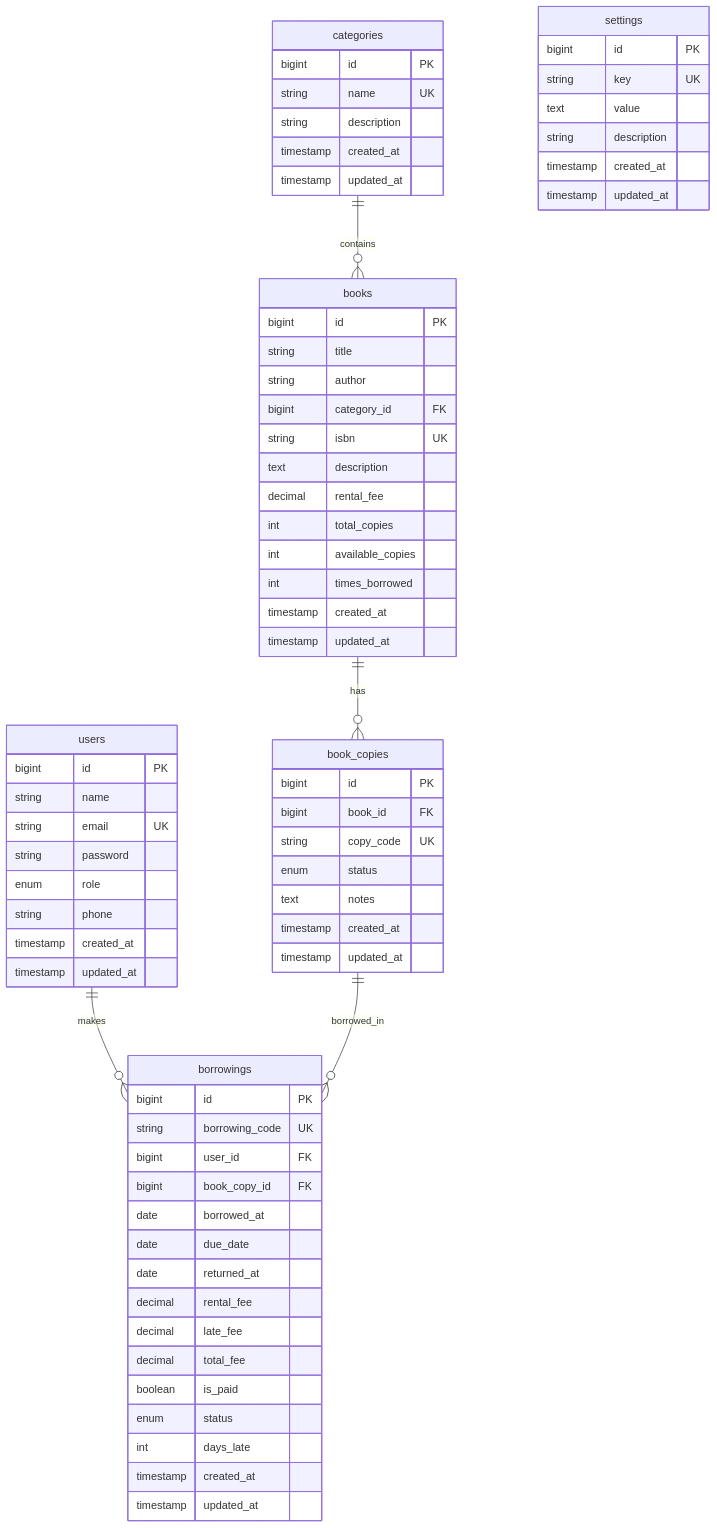
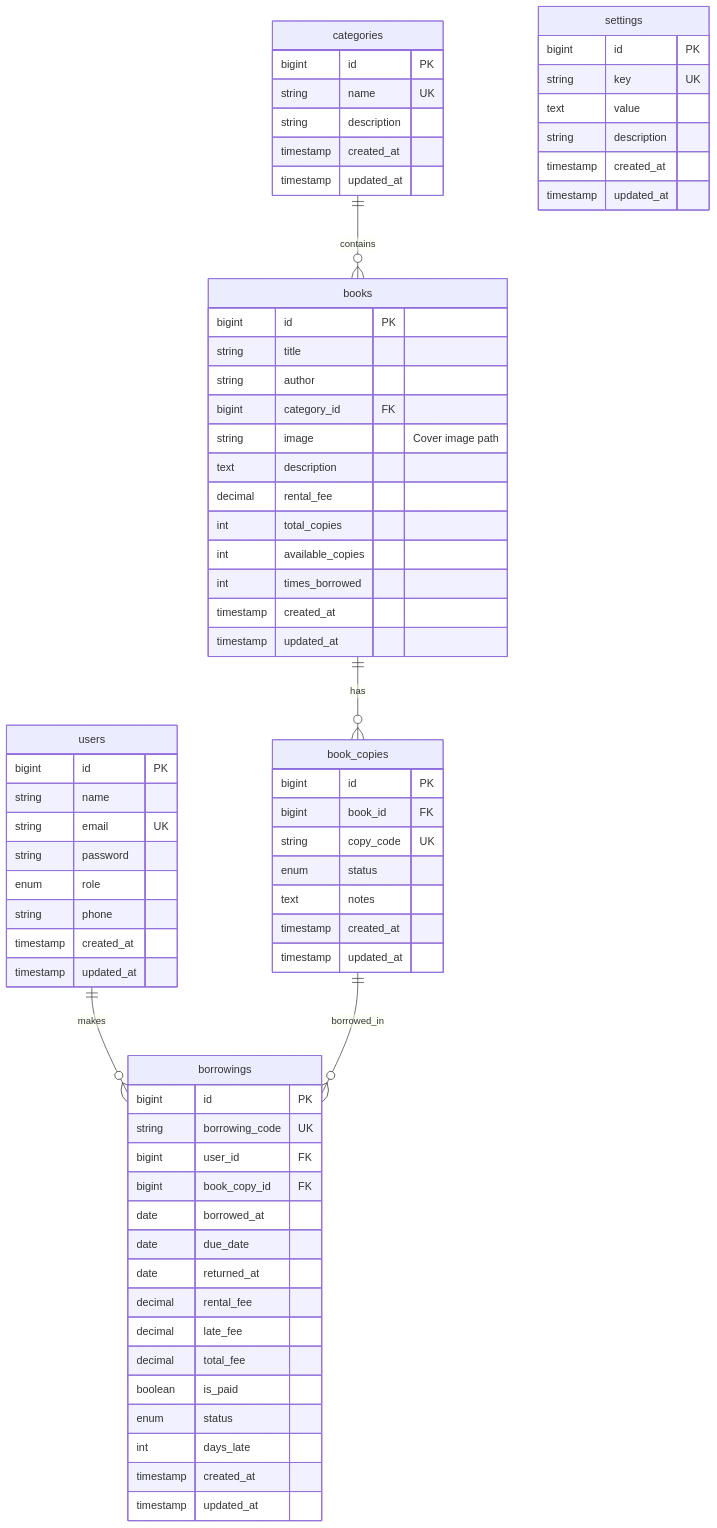
One commit to agamlatiff/suka-baca changed the diagram in documentation/02-DATABASE.md. Above: the diagram before and after it, drawn with Mermaid. The commit also changed other lines of this file and 12 other files, not shown here.

````diff
--- a/documentation/02-DATABASE.md
+++ b/documentation/02-DATABASE.md
@@ -5,78 +5,78 @@
 ```mermaid
 erDiagram
     users ||--o{ borrowings : "makes"
     categories ||--o{ books : "contains"
     books ||--o{ book_copies : "has"
     book_copies ||--o{ borrowings : "borrowed_in"
 
     users {
         bigint id PK
         string name
         string email UK
         string password
         enum role
         string phone
         timestamp created_at
         timestamp updated_at
     }
 
     categories {
         bigint id PK
         string name UK
         string description
         timestamp created_at
         timestamp updated_at
     }
 
     books {
         bigint id PK
         string title
         string author
         bigint category_id FK
-        string isbn UK
+        string image "Cover image path"
         text description
         decimal rental_fee
         int total_copies
         int available_copies
         int times_borrowed
         timestamp created_at
         timestamp updated_at
     }
 
     settings {
         bigint id PK
         string key UK
         text value
         string description
         timestamp created_at
         timestamp updated_at
     }
 
     book_copies {
         bigint id PK
         bigint book_id FK
         string copy_code UK
         enum status
         text notes
         timestamp created_at
         timestamp updated_at
     }
 
     borrowings {
         bigint id PK
         string borrowing_code UK
         bigint user_id FK
         bigint book_copy_id FK
         date borrowed_at
         date due_date
         date returned_at
         decimal rental_fee
         decimal late_fee
         decimal total_fee
         boolean is_paid
         enum status
         int days_late
         timestamp created_at
         timestamp updated_at
     }
 ```
````
